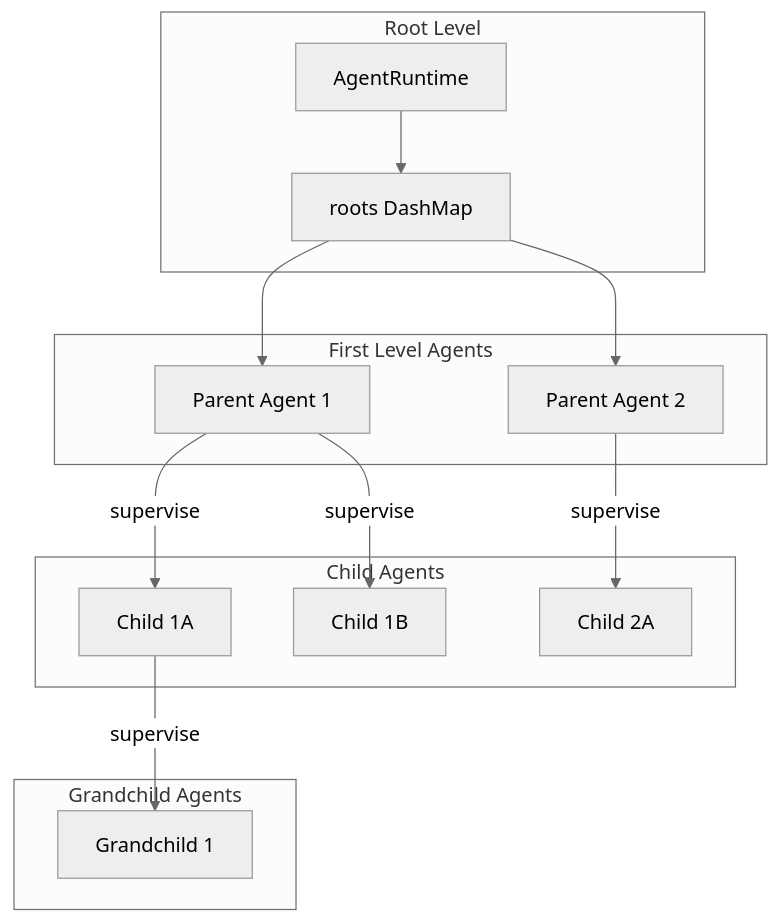
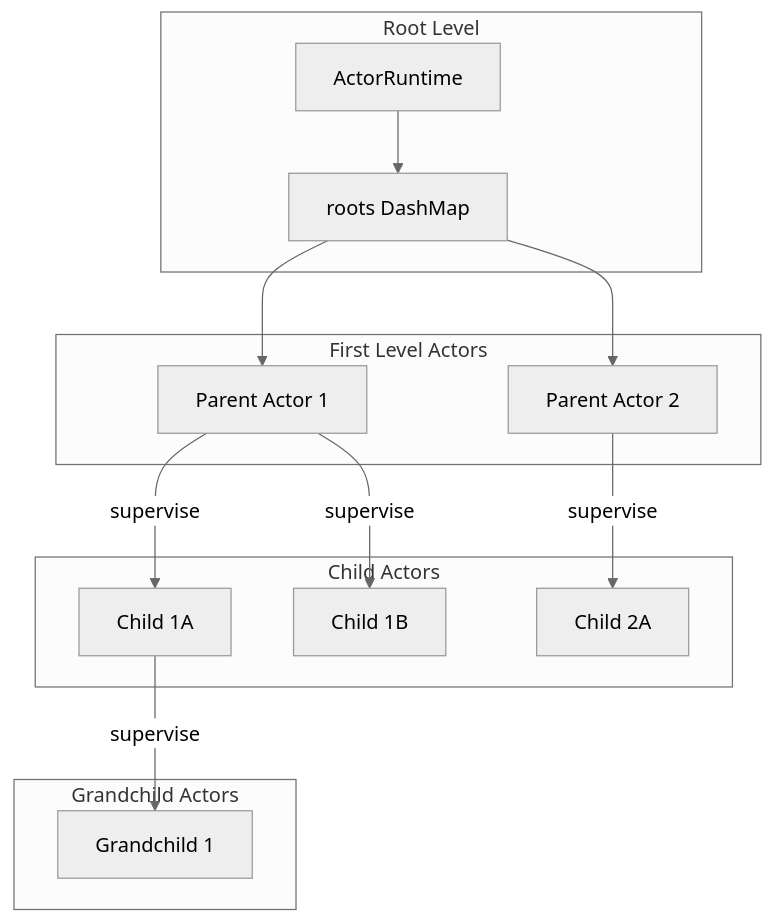
Before and after one commit to Govcraft/acton-reactive: the ninth of 12 diagrams in acton-docs-site/src/app/docs/architecture/page.md, drawn with Mermaid (neutral theme). The commit also changed other lines of this file and 115 other files, not shown here.

````diff
--- a/acton-docs-site/src/app/docs/architecture/page.md
+++ b/acton-docs-site/src/app/docs/architecture/page.md
@@ -368,32 +412,32 @@
 ```mermaid
 graph TB
     subgraph RootLevel["Root Level"]
-        Runtime["AgentRuntime"]
+        Runtime["ActorRuntime"]
         Roots["roots DashMap"]
     end
 
-    subgraph FirstLevel["First Level Agents"]
-        Parent1["Parent Agent 1"]
-        Parent2["Parent Agent 2"]
+    subgraph FirstLevel["First Level Actors"]
+        Parent1["Parent Actor 1"]
+        Parent2["Parent Actor 2"]
     end
 
-    subgraph ChildLevel["Child Agents"]
+    subgraph ChildLevel["Child Actors"]
         Child1A["Child 1A"]
         Child1B["Child 1B"]
         Child2A["Child 2A"]
     end
 
-    subgraph GrandchildLevel["Grandchild Agents"]
+    subgraph GrandchildLevel["Grandchild Actors"]
         GC1["Grandchild 1"]
     end
 
     Runtime --> Roots
     Roots --> Parent1
     Roots --> Parent2
 
     Parent1 -->|supervise| Child1A
     Parent1 -->|supervise| Child1B
     Parent2 -->|supervise| Child2A
 
     Child1A -->|supervise| GC1
 ```
````
